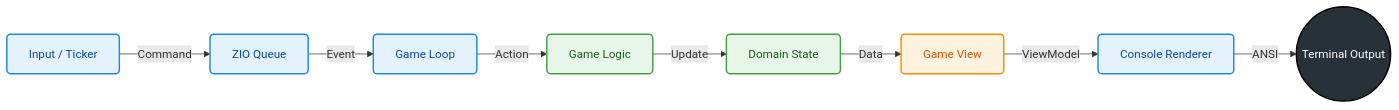
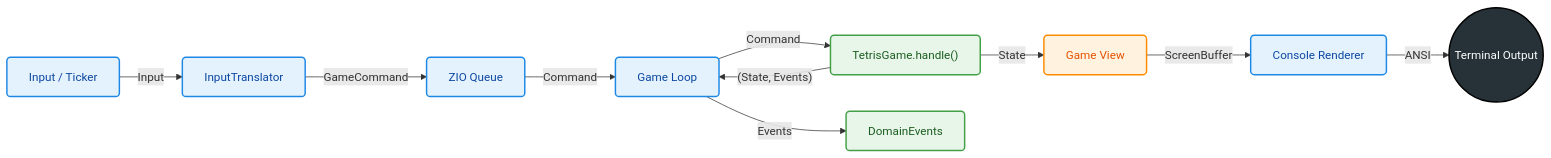
The first of 3 diagrams in README.md (fffclaypool/monadris), drawn with Mermaid before and after one commit. The commit also changed other lines of this file and 40 other files, not shown here.

First line of the commit message:
refactor: migrate to Functional DDD architecture

````diff
--- a/README.md
+++ b/README.md
@@ -34,28 +34,31 @@
 ```mermaid
 graph LR
     %% Styles
     classDef infra fill:#e3f2fd,stroke:#1e88e5,stroke-width:2px,color:#0d47a1,rx:5,ry:5;
     classDef core fill:#e8f5e9,stroke:#43a047,stroke-width:2px,color:#1b5e20,rx:5,ry:5;
     classDef view fill:#fff3e0,stroke:#fb8c00,stroke-width:2px,color:#e65100,rx:5,ry:5;
     classDef terminal fill:#263238,stroke:#000000,stroke-width:2px,color:#ffffff,rx:10,ry:10;
 
     Input["Input / Ticker"]:::infra
+    Translator["InputTranslator"]:::infra
     Queue["ZIO Queue"]:::infra
     Loop["Game Loop"]:::infra
     Renderer["Console Renderer"]:::infra
 
-    Logic["Game Logic"]:::core
-    State["Domain State"]:::core
+    Game["TetrisGame.handle()"]:::core
+    Events["DomainEvents"]:::core
 
     View["Game View"]:::view
 
     Terminal(("Terminal Output")):::terminal
 
-    Input -->|Command| Queue
-    Queue -->|Event| Loop
-    Loop -->|Action| Logic
-    Logic -->|Update| State
-    State -->|Data| View
-    View -->|ViewModel| Renderer
+    Input -->|Input| Translator
+    Translator -->|GameCommand| Queue
+    Queue -->|Command| Loop
+    Loop -->|Command| Game
+    Game -->|"(State, Events)"| Loop
+    Loop -->|Events| Events
+    Game -->|State| View
+    View -->|ScreenBuffer| Renderer
     Renderer -->|ANSI| Terminal
 ```
````
